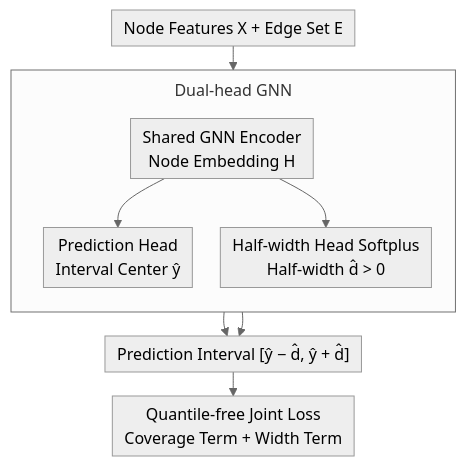
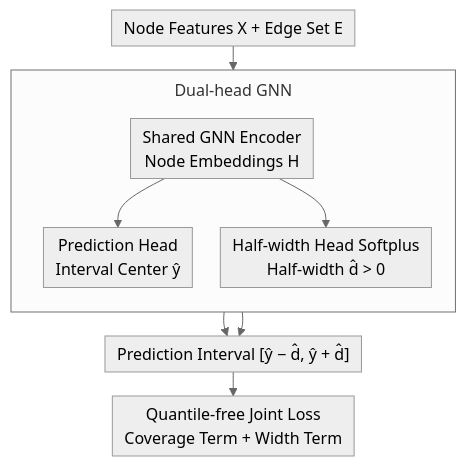
Before and after one commit to zhaoyang97/Paper-Notes-en: the diagram in docs/ICML2026/graph_learning/quantile-free_uncertainty_quantification_in_graph_neural_networks.md, drawn with Mermaid (neutral theme). The commit also changed other lines of this file and 5084 other files, not shown here.

````diff
--- a/docs/ICML2026/graph_learning/quantile-free_uncertainty_quantification_in_graph_neural_networks.md
+++ b/docs/ICML2026/graph_learning/quantile-free_uncertainty_quantification_in_graph_neural_networks.md
@@ -46,13 +46,13 @@
 ```mermaid
 %%{init: {'flowchart': {'rankSpacing': 24, 'nodeSpacing': 28, 'padding': 6, 'wrappingWidth': 400, 'subGraphTitleMargin': {'top': 8, 'bottom': 16}}}}%%
 flowchart TD
     A["Node Features X + Edge Set E"] --> B
     subgraph DH["Dual-head GNN"]
         direction TB
-        B["Shared GNN Encoder<br/>Node Embedding H"] --> C["Prediction Head<br/>Interval Center ŷ"]
+        B["Shared GNN Encoder<br/>Node Embeddings H"] --> C["Prediction Head<br/>Interval Center ŷ"]
         B --> D["Half-width Head Softplus<br/>Half-width d̂ > 0"]
     end
     C --> E["Prediction Interval [ŷ − d̂, ŷ + d̂]"]
     D --> E
     E --> F["Quantile-free Joint Loss<br/>Coverage Term + Width Term"]
 ```
````
